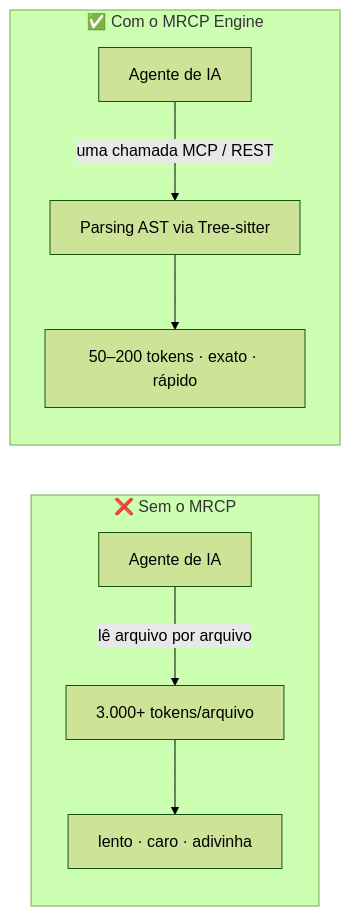
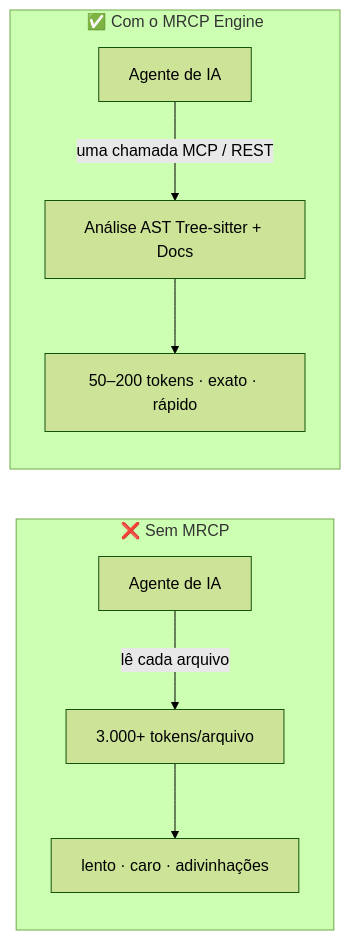
One commit to faelscarpato/mrcp-engine changed the first of 2 diagrams in README.pt-BR.md. Above: the diagram before and after it, drawn with Mermaid (forest theme). The commit also changed other lines of this file, not shown here.

````diff
--- a/README.pt-BR.md
+++ b/README.pt-BR.md
@@ -30,11 +39,11 @@
 ```mermaid
 flowchart LR
-    subgraph before["❌ Sem o MRCP"]
-        A1["Agente de IA"] -->|"lê arquivo por arquivo"| A2["3.000+ tokens/arquivo"]
-        A2 --> A3["lento · caro · adivinha"]
+    subgraph before["❌ Sem MRCP"]
+        A1["Agente de IA"] -->|"lê cada arquivo"| A2["3.000+ tokens/arquivo"]
+        A2 --> A3["lento · caro · adivinhações"]
     end
     subgraph after["✅ Com o MRCP Engine"]
-        B1["Agente de IA"] -->|"uma chamada MCP / REST"| B2["Parsing AST via Tree-sitter"]
+        B1["Agente de IA"] -->|"uma chamada MCP / REST"| B2["Análise AST Tree-sitter + Docs"]
         B2 --> B3["50–200 tokens · exato · rápido"]
     end
 ```
````
